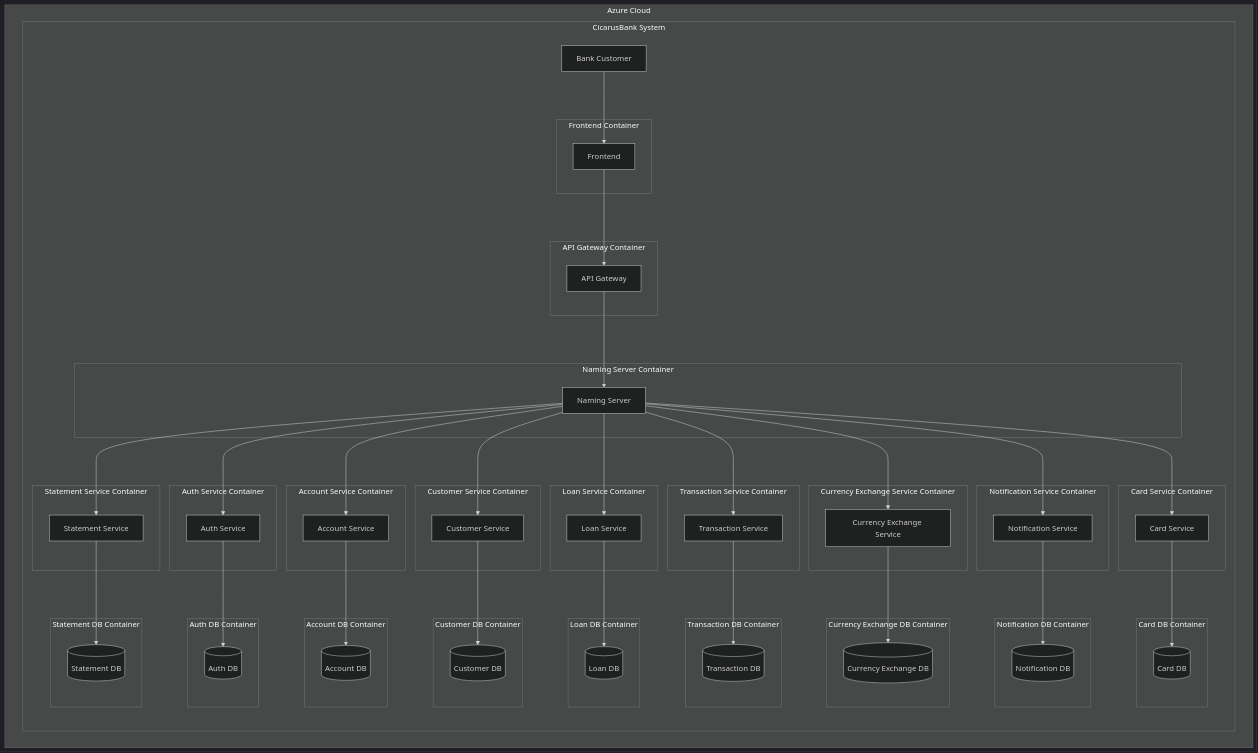
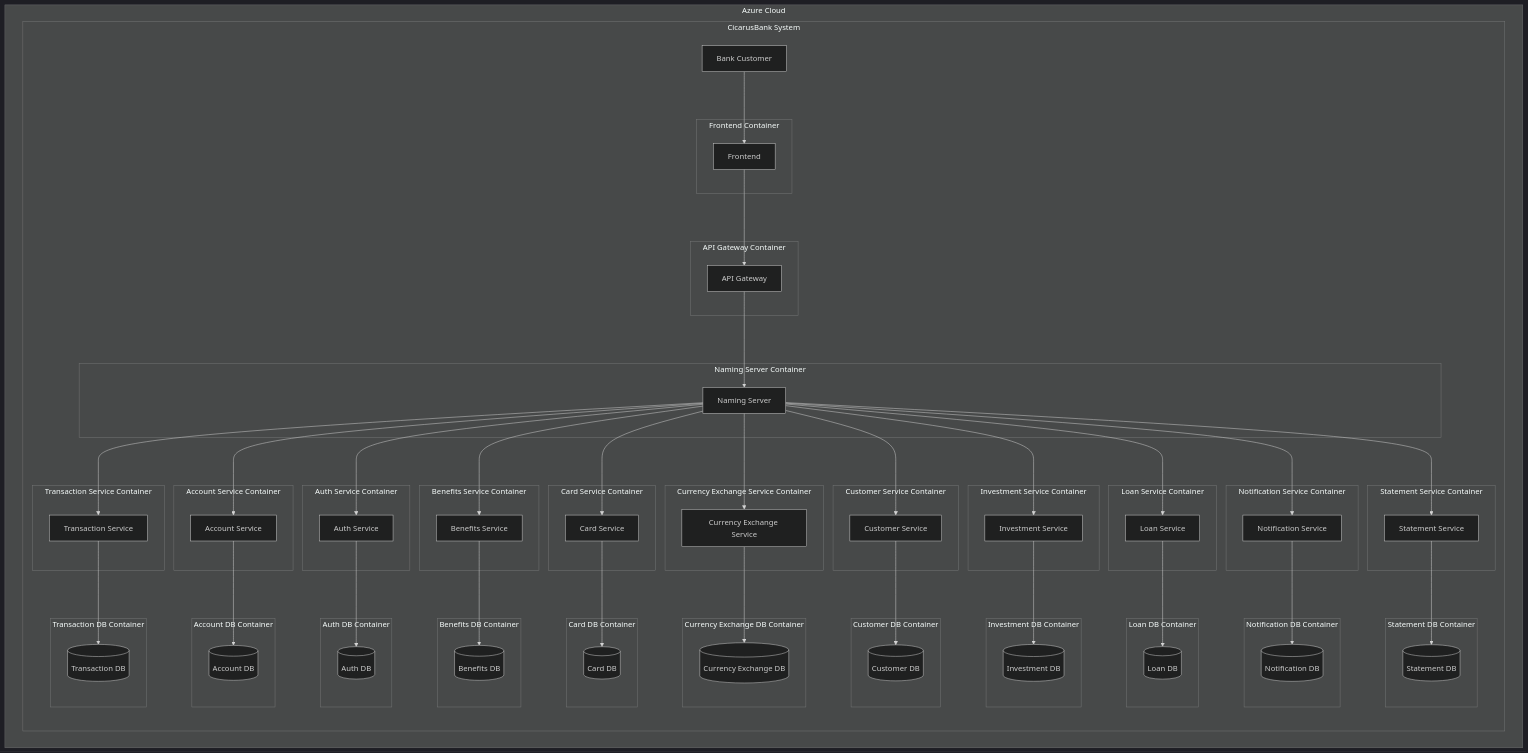
One commit to itiro-y/CicarusBank changed the first of 2 diagrams in README.md. Above: the diagram before and after it, drawn with Mermaid (dark theme).

Commit message:
Microservicos adicionados

````diff
--- a/README.md
+++ b/README.md
@@ -69,6 +69,13 @@
                 naming_server[Naming Server]
             end
 
+            subgraph "Account Service Container"
+                account_service[Account Service]
+            end
+            subgraph "Account DB Container"
+                account_db[(Account DB)]
+            end
+
             subgraph "Auth Service Container"
                 auth_service[Auth Service]
             end
@@ -76,11 +83,25 @@
                 auth_db[(Auth DB)]
             end
 
-            subgraph "Account Service Container"
-                account_service[Account Service]
+            subgraph "Benefits Service Container"
+                benefits_service[Benefits Service]
             end
-            subgraph "Account DB Container"
-                account_db[(Account DB)]
+            subgraph "Benefits DB Container"
+                benefits_db[(Benefits DB)]
+            end
+
+            subgraph "Card Service Container"
+                card_service[Card Service]
+            end
+            subgraph "Card DB Container"
+                card_db[(Card DB)]
+            end
+
+            subgraph "Currency Exchange Service Container"
+                currency_exchange_service[Currency Exchange Service]
+            end
+            subgraph "Currency Exchange DB Container"
+                currency_exchange_db[(Currency Exchange DB)]
             end
 
             subgraph "Customer Service Container"
@@ -90,25 +111,18 @@
                 customer_db[(Customer DB)]
             end
 
+            subgraph "Investment Service Container"
+                investment_service[Investment Service]
+            end
+            subgraph "Investment DB Container"
+                investment_db[(Investment DB)]
+            end
+
             subgraph "Loan Service Container"
                 loan_service[Loan Service]
             end
             subgraph "Loan DB Container"
                 loan_db[(Loan DB)]
-            end
-
-            subgraph "Transaction Service Container"
-                transaction_service[Transaction Service]
-            end
-            subgraph "Transaction DB Container"
-                transaction_db[(Transaction DB)]
-            end
-
-            subgraph "Currency Exchange Service Container"
-                currency_exchange_service[Currency Exchange Service]
-            end
-            subgraph "Currency Exchange DB Container"
-                currency_exchange_db[(Currency Exchange DB)]
             end
 
             subgraph "Notification Service Container"
@@ -118,18 +132,18 @@
                 notification_db[(Notification DB)]
             end
 
-            subgraph "Card Service Container"
-                card_service[Card Service]
-            end
-            subgraph "Card DB Container"
-                card_db[(Card DB)]
-            end
-
             subgraph "Statement Service Container"
                 statement_service[Statement Service]
             end
             subgraph "Statement DB Container"
                 statement_db[(Statement DB)]
+            end
+
+            subgraph "Transaction Service Container"
+                transaction_service[Transaction Service]
+            end
+            subgraph "Transaction DB Container"
+                transaction_db[(Transaction DB)]
             end
         end
     end
@@ -138,23 +152,27 @@
     frontend --> api_gateway
     api_gateway --> naming_server
 
+    naming_server --> account_service
     naming_server --> auth_service
-    naming_server --> account_service
+    naming_server --> benefits_service
+    naming_server --> card_service
+    naming_server --> currency_exchange_service
     naming_server --> customer_service
+    naming_server --> investment_service
     naming_server --> loan_service
+    naming_server --> notification_service
+    naming_server --> statement_service
     naming_server --> transaction_service
-    naming_server --> currency_exchange_service
-    naming_server --> notification_service
-    naming_server --> card_service
-    naming_server --> statement_service
 
+    account_service --> account_db
     auth_service --> auth_db
-    account_service --> account_db
+    benefits_service --> benefits_db
+    card_service --> card_db
+    currency_exchange_service --> currency_exchange_db
     customer_service --> customer_db
+    investment_service --> investment_db
     loan_service --> loan_db
+    notification_service --> notification_db
+    statement_service --> statement_db
     transaction_service --> transaction_db
-    currency_exchange_service --> currency_exchange_db
-    notification_service --> notification_db
-    card_service --> card_db
-    statement_service --> statement_db
 ```
````
